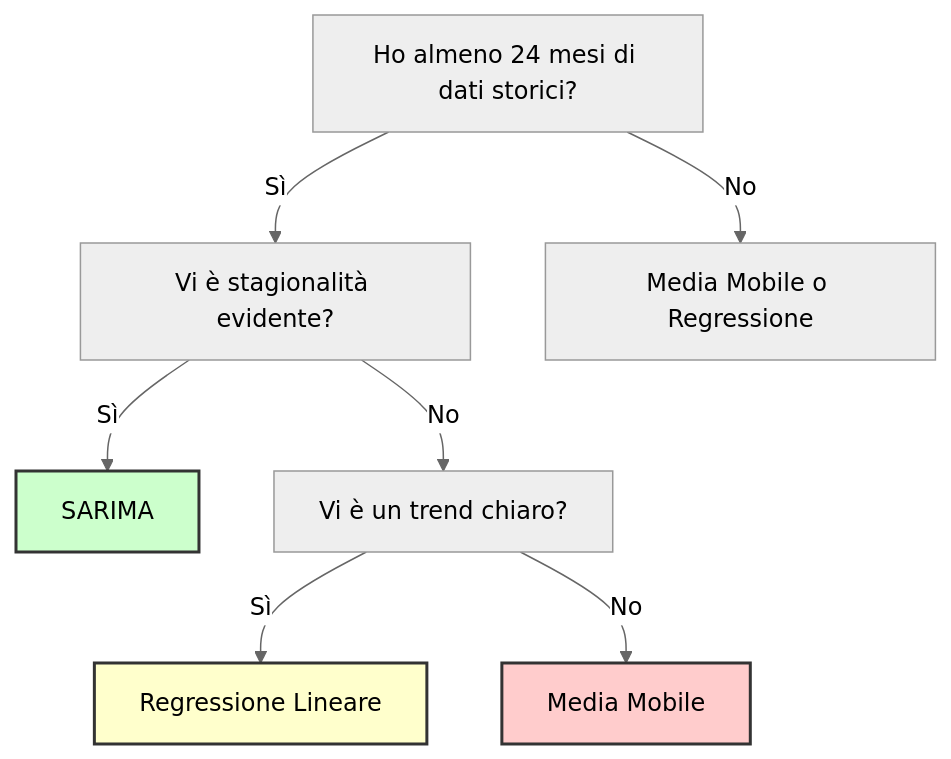
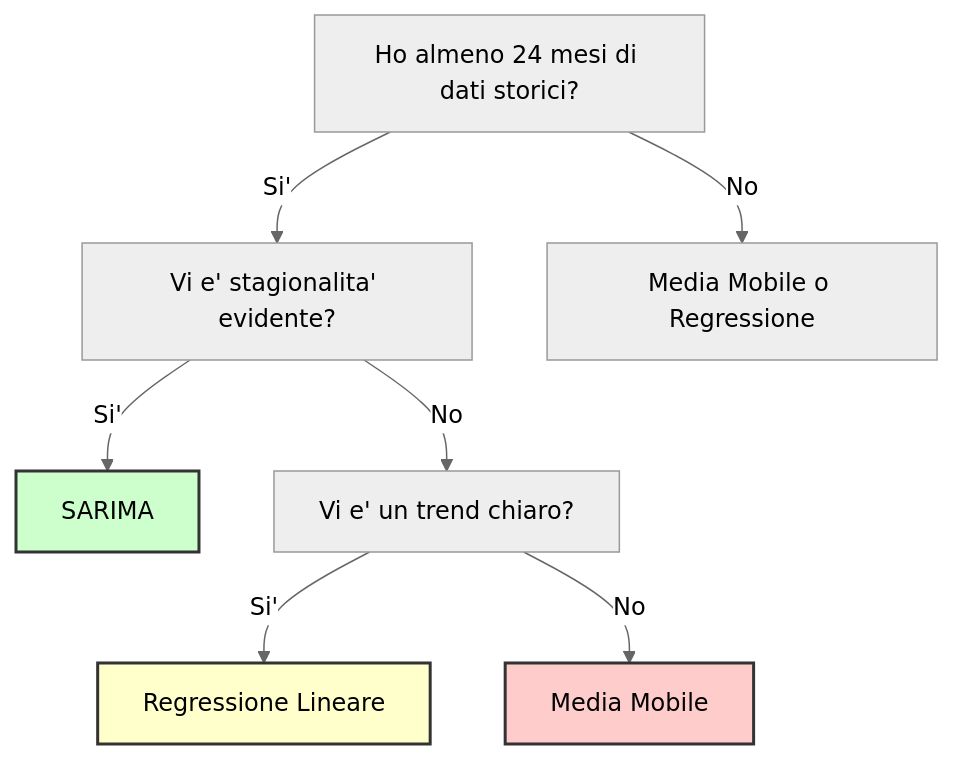
One commit to AndreyBertasini/gynnitech changed the diagram in src/content/blog/forecast-vendite.mdx. Above: the diagram before and after it, drawn with Mermaid (neutral theme). The commit also changed other lines of this file and 27 other files, not shown here.

````diff
--- a/src/content/blog/forecast-vendite.mdx
+++ b/src/content/blog/forecast-vendite.mdx
@@ -190,14 +310,14 @@
 ```mermaid
 graph TD
     A["Ho almeno 24 mesi di dati storici?"]
-    A -- Sì --> B["Vi è stagionalità evidente?"]
+    A -- Si' --> B["Vi e' stagionalita' evidente?"]
     A -- No --> C["Media Mobile o Regressione"]
-    B -- Sì --> D["SARIMA"]
-    B -- No --> E["Vi è un trend chiaro?"]
-    E -- Sì --> F["Regressione Lineare"]
+    B -- Si' --> D["SARIMA"]
+    B -- No --> E["Vi e' un trend chiaro?"]
+    E -- Si' --> F["Regressione Lineare"]
     E -- No --> G["Media Mobile"]
-    
+
     style D fill:#ccffcc,stroke:#333,stroke-width:2px;
     style F fill:#ffffcc,stroke:#333,stroke-width:2px;
     style G fill:#ffcccc,stroke:#333,stroke-width:2px;
 ```
````
